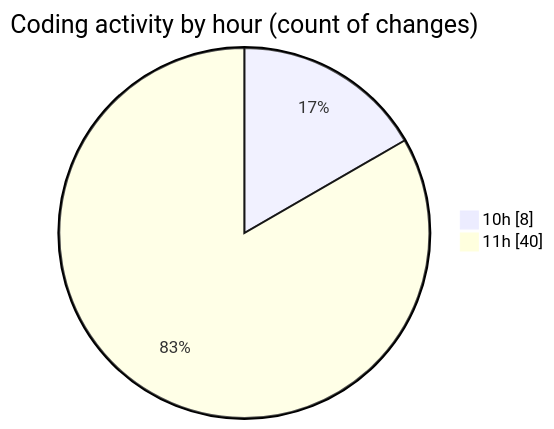
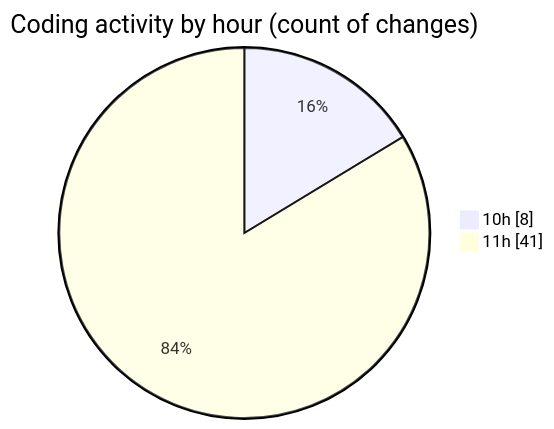
Before and after one commit to momahboobian/code-tracking: the second of 2 diagrams in 2026-10-13/cda/README.md, drawn with Mermaid. The commit also changed other lines of this file and 1 other file, not shown here.

````diff
--- a/2026-10-13/cda/README.md
+++ b/2026-10-13/cda/README.md
@@ -45,6 +45,6 @@
 ```mermaid
 pie showData
 title Coding activity by hour (count of changes)
 "10h" : 8
-"11h" : 40
+"11h" : 41
 ```
````
